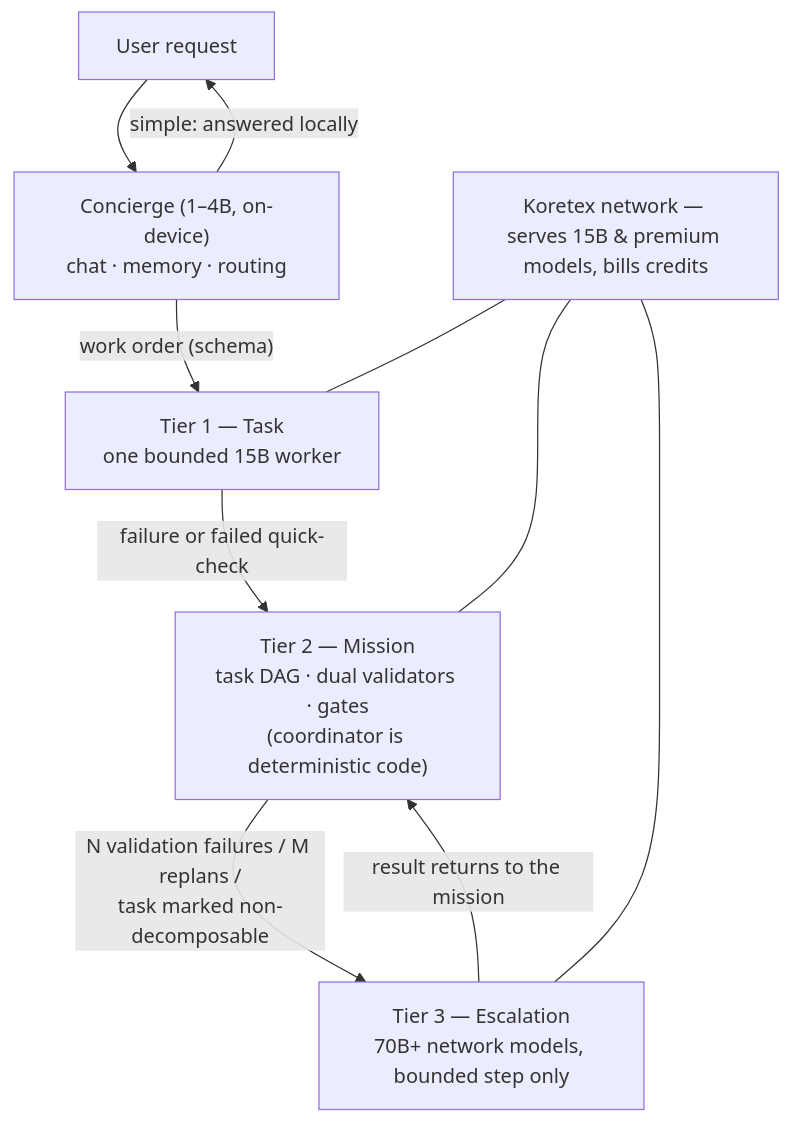
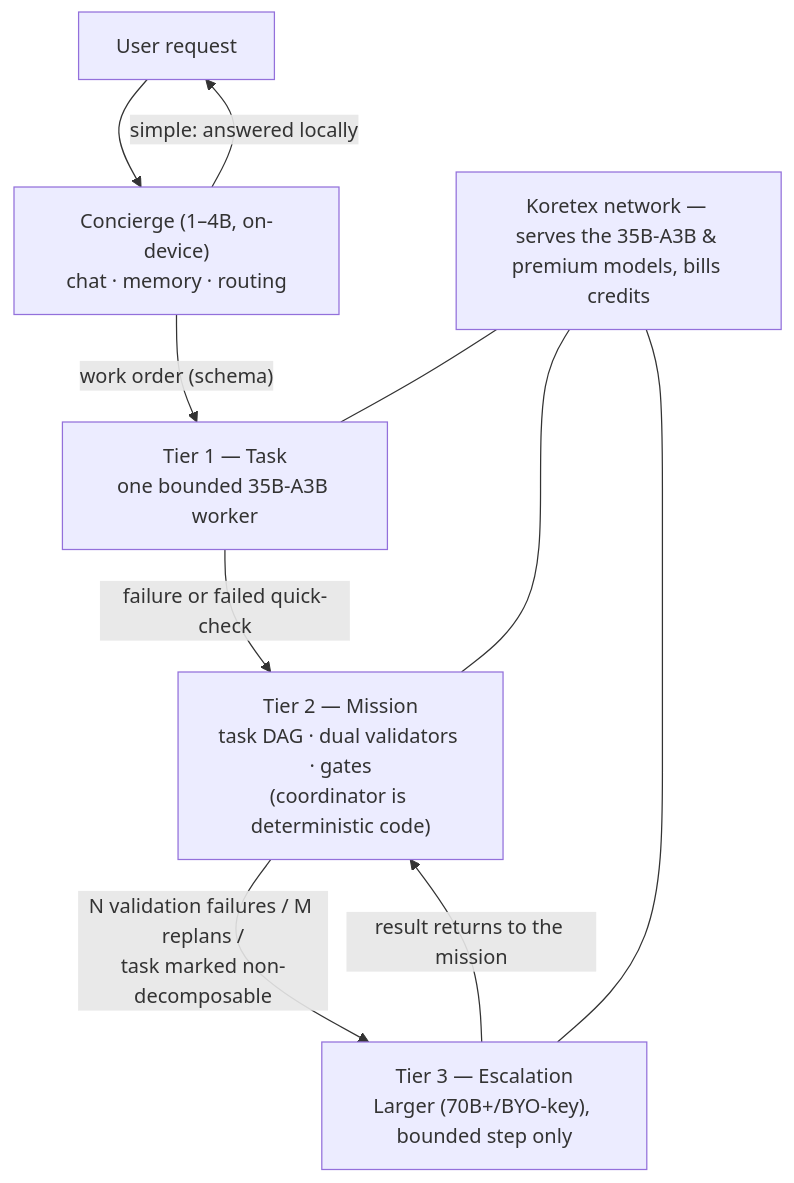
One commit to koretex-ai/koretex-agent changed the first of 6 diagrams in README.md. Above: the diagram before and after it, drawn with Mermaid. The commit also changed other lines of this file and 2 other files, not shown here.

````diff
--- a/README.md
+++ b/README.md
@@ -80,12 +82,12 @@
 ```mermaid
 flowchart TD
   user["User request"] --> con["Concierge (1–4B, on-device)<br/>chat · memory · routing"]
   con -->|"simple: answered locally"| user
-  con -->|"work order (schema)"| t1["Tier 1 — Task<br/>one bounded 15B worker"]
+  con -->|"work order (schema)"| t1["Tier 1 — Task<br/>one bounded 35B-A3B worker"]
   t1 -->|"failure or failed quick-check"| t2["Tier 2 — Mission<br/>task DAG · dual validators · gates<br/>(coordinator is deterministic code)"]
-  t2 -->|"N validation failures / M replans /<br/>task marked non-decomposable"| t3["Tier 3 — Escalation<br/>70B+ network models, bounded step only"]
+  t2 -->|"N validation failures / M replans /<br/>task marked non-decomposable"| t3["Tier 3 — Escalation<br/>Larger (70B+/BYO-key), bounded step only"]
   t3 -->|"result returns to the mission"| t2
-  net["Koretex network — serves 15B & premium models, bills credits"] --- t1
+  net["Koretex network — serves the 35B-A3B & premium models, bills credits"] --- t1
   net --- t2
   net --- t3
 ```
````
